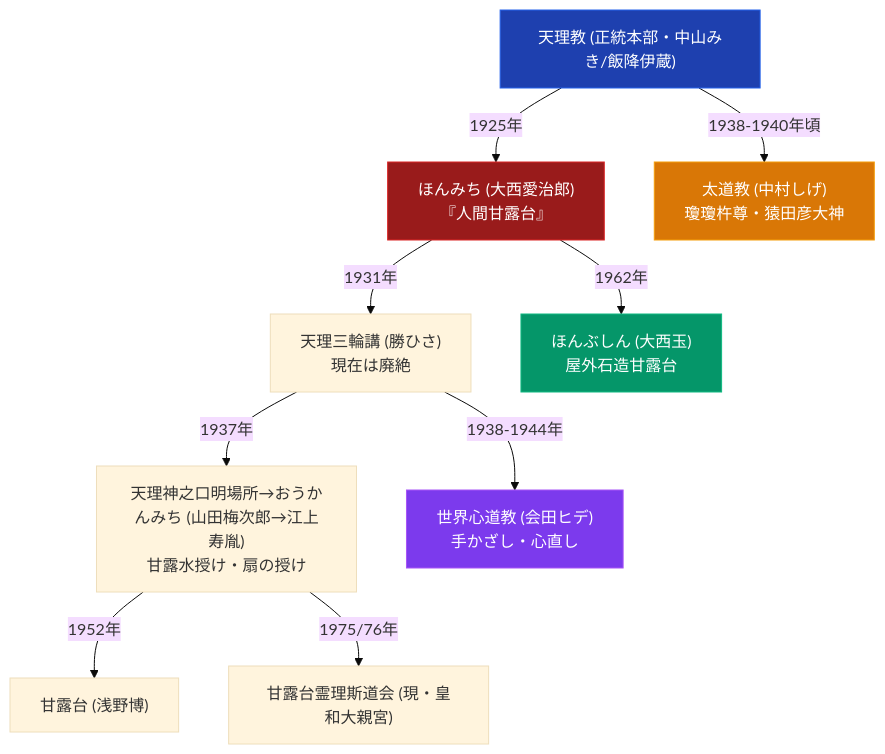
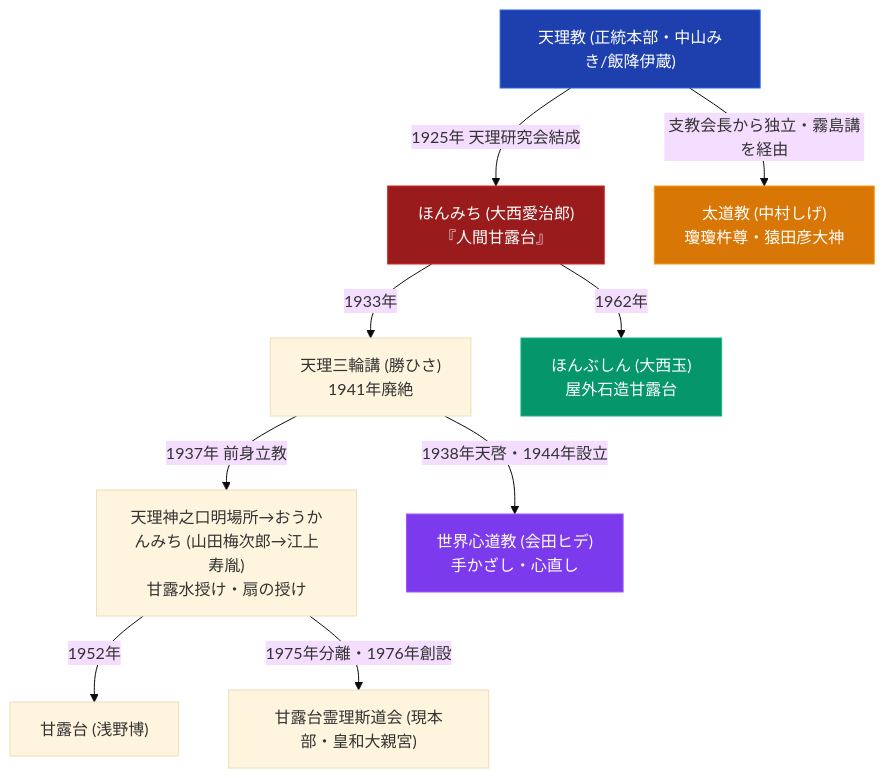
Before and after one commit to iida-masashi/religion-garden: the diagram in content/01_宗派・異端研究/08_比較・史論・ハブ/天理教系諸派の教義比較マトリクス.md, drawn with Mermaid (base theme). The commit also changed other lines of this file and 251 other files, not shown here.

````diff
--- a/content/01_宗派・異端研究/08_比較・史論・ハブ/天理教系諸派の教義比較マトリクス.md
+++ b/content/01_宗派・異端研究/08_比較・史論・ハブ/天理教系諸派の教義比較マトリクス.md
@@ -22,17 +24,17 @@
 ```mermaid
 graph TD
-    T["<div style='color:#ffffff;'>天理教 (正統本部・中山みき/飯降伊蔵)</div>"] -->|1925年| H["<div style='color:#ffffff;'>ほんみち (大西愛治郎)<br>『人間甘露台』</div>"]
-    T -->|1938-1940年頃| TD["太道教 (中村しげ)<br>瓊瓊杵尊・猿田彦大神"]
-    H -->|1931年| MK["天理三輪講 (勝ひさ)<br>現在は廃絶"]
-    MK -->|1937年| OK["天理神之口明場所→おうかんみち (山田梅次郎→江上寿胤)<br>甘露水授け・扇の授け"]
-    MK -->|1938-1944年| SD["<div style='color:#ffffff;'>世界心道教 (会田ヒデ)<br>手かざし・心直し</div>"]
+    T["<div style='color:#ffffff;'>天理教 (正統本部・中山みき/飯降伊蔵)</div>"] -->|1925年 天理研究会結成| H["<div style='color:#ffffff;'>ほんみち (大西愛治郎)<br>『人間甘露台』</div>"]
+    T -->|支教会長から独立・霧島講を経由| TD["太道教 (中村しげ)<br>瓊瓊杵尊・猿田彦大神"]
+    H -->|1933年| MK["天理三輪講 (勝ひさ)<br>1941年廃絶"]
+    MK -->|1937年 前身立教| OK["天理神之口明場所→おうかんみち (山田梅次郎→江上寿胤)<br>甘露水授け・扇の授け"]
+    MK -->|1938年天啓・1944年設立| SD["<div style='color:#ffffff;'>世界心道教 (会田ヒデ)<br>手かざし・心直し</div>"]
     H -->|1962年| HB["<div style='color:#ffffff;'>ほんぶしん (大西玉)<br>屋外石造甘露台</div>"]
     OK -->|1952年| KD["甘露台 (浅野博)"]
-    OK -->|1975/76年| KR["甘露台霊理斯道会 (現・皇和大親宮)"]
+    OK -->|1975年分離・1976年創設| KR["甘露台霊理斯道会 (現本部・皇和大親宮)"]
 
     style T fill:#1e40af,stroke:#2563eb,color:#fff
     style H fill:#991b1b,stroke:#dc2626,color:#fff
     style HB fill:#059669,stroke:#10b981,color:#fff
     style SD fill:#7c3aed,stroke:#a855f7,color:#fff
     style TD fill:#d97706,stroke:#f59e0b,color:#fff
 ```
````
